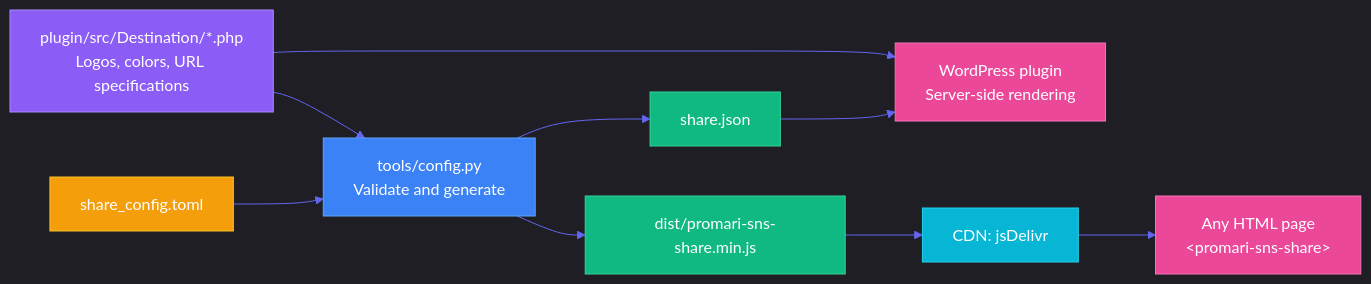
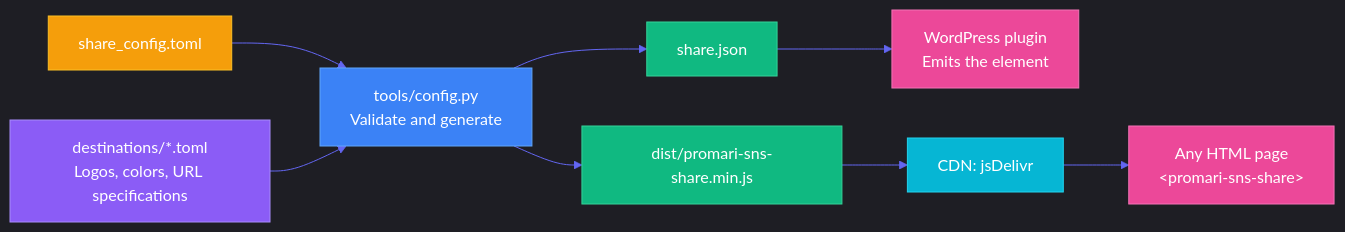
One commit to tamito0201/promari-toolkit changed the first of 2 diagrams in plugins/promari-sns-share/docs/architecture.md. Above: the diagram before and after it, drawn with Mermaid. The commit also changed other lines of this file and 28 other files, not shown here.

First line of the commit message:
refactor(sns-share): 共有先を PHP クラスではなく destinations/<key>.toml のデータで宣言する

````diff
--- a/plugins/promari-sns-share/docs/architecture.md
+++ b/plugins/promari-sns-share/docs/architecture.md
@@ -6,20 +6,19 @@
 ```mermaid
 %%{init: {"theme":"dark", "themeVariables": {"primaryColor":"#3B82F6","primaryTextColor":"#fff","primaryBorderColor":"#60A5FA","lineColor":"#6366F1","secondaryColor":"#10B981","tertiaryColor":"#EC4899"}}}%%
 flowchart LR
     T["share_config.toml"] --> G["tools/config.py<br>Validate and generate"]
-    P["plugin/src/Destination/*.php<br>Logos, colors, URL specifications"] --> G
+    P["destinations/*.toml<br>Logos, colors, URL specifications"] --> G
     G --> J["share.json"]
     G --> D["dist/promari-sns-share.min.js"]
-    J --> W["WordPress plugin<br>Server-side rendering"]
-    P --> W
+    J --> W["WordPress plugin<br>Emits the element"]
     D --> C["CDN: jsDelivr"]
     C --> H["Any HTML page<br>&lt;promari-sns-share&gt;"]
     style T fill:#F59E0B,stroke:#FBBF24,color:#fff
     style P fill:#8B5CF6,stroke:#A78BFA,color:#fff
     style G fill:#3B82F6,stroke:#60A5FA,color:#fff
     style J fill:#10B981,stroke:#34D399,color:#fff
     style D fill:#10B981,stroke:#34D399,color:#fff
     style W fill:#EC4899,stroke:#F472B6,color:#fff
     style C fill:#06B6D4,stroke:#22D3EE,color:#fff
     style H fill:#EC4899,stroke:#F472B6,color:#fff
 ```
````
